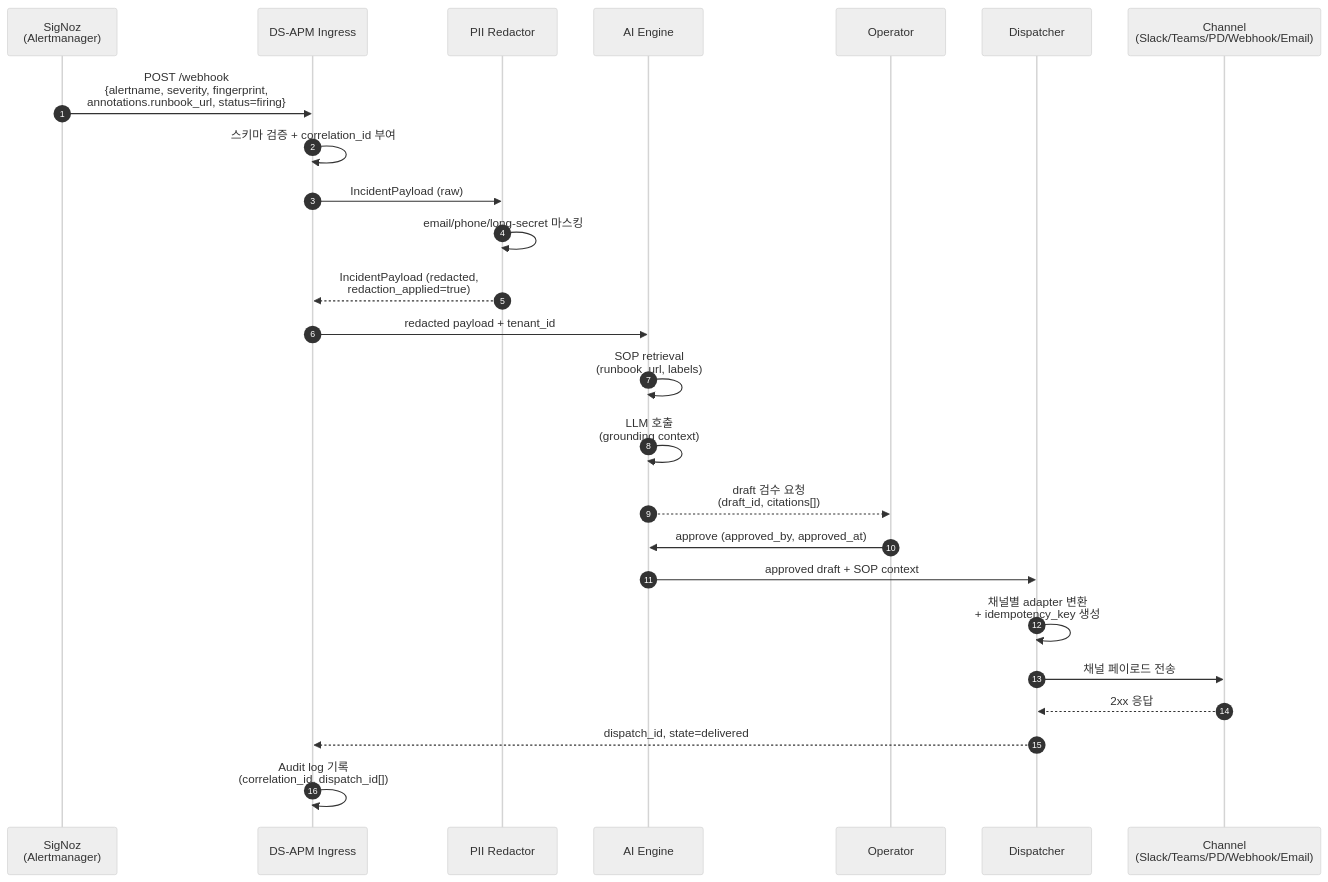
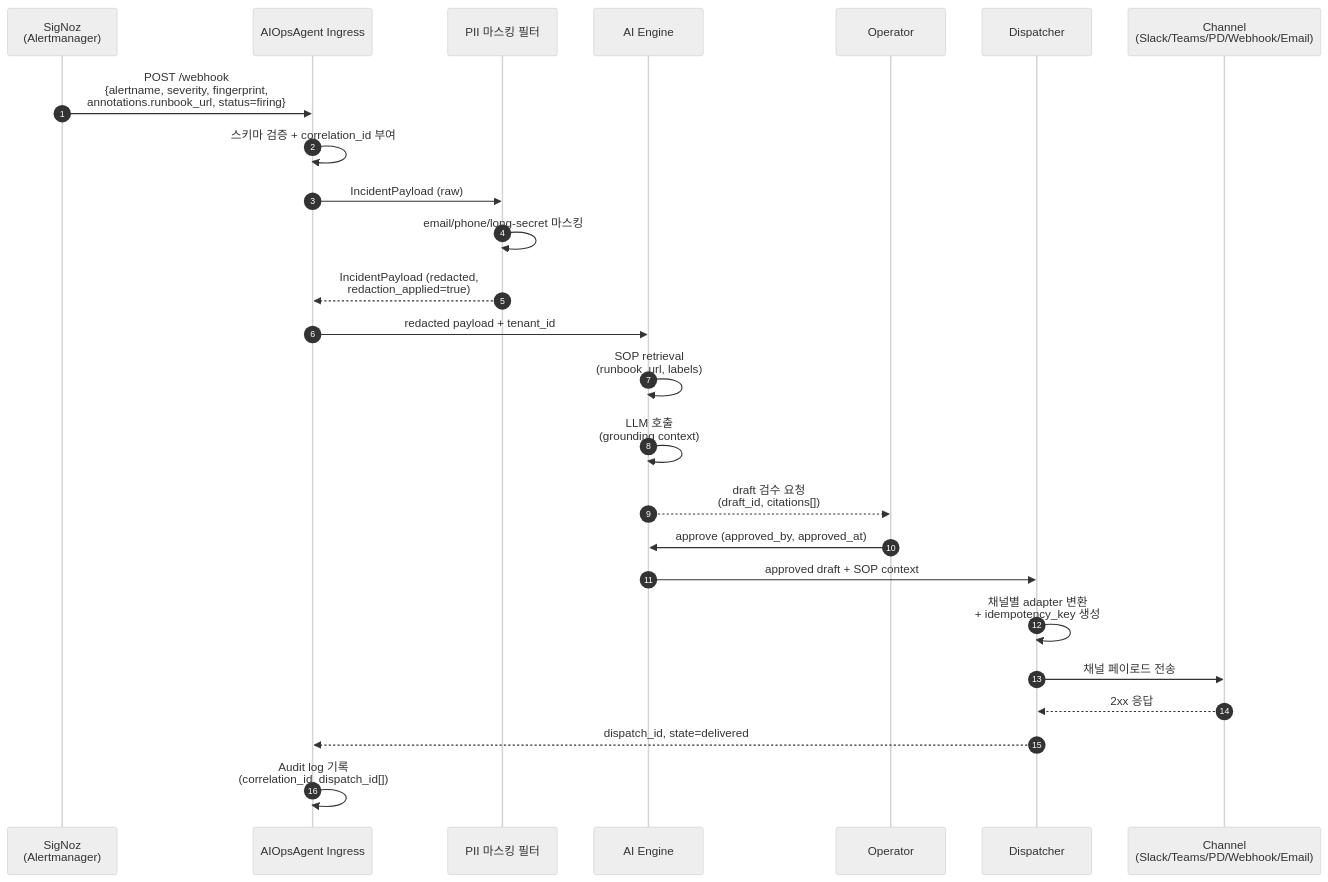
The third of 3 diagrams in docs/spec/01-overview/index.md (figure-team/ds-apm), drawn with Mermaid (neutral theme) before and after one commit. The commit also changed other lines of this file and 41 other files, not shown here.

````diff
--- a/docs/spec/01-overview/index.md
+++ b/docs/spec/01-overview/index.md
@@ -157,28 +157,28 @@
 ```mermaid
 sequenceDiagram
     autonumber
     participant SN as SigNoz<br/>(Alertmanager)
-    participant IN as DS-APM Ingress
-    participant PII as PII Redactor
+    participant IN as AIOpsAgent Ingress
+    participant PII as PII 마스킹 필터
     participant AI as AI Engine
     participant OP as Operator
     participant DS as Dispatcher
     participant CH as Channel<br/>(Slack/Teams/PD/Webhook/Email)
 
     SN->>IN: POST /webhook<br/>{alertname, severity, fingerprint,<br/>annotations.runbook_url, status=firing}
     IN->>IN: 스키마 검증 + correlation_id 부여
     IN->>PII: IncidentPayload (raw)
     PII->>PII: email/phone/long-secret 마스킹
     PII-->>IN: IncidentPayload (redacted,<br/>redaction_applied=true)
     IN->>AI: redacted payload + tenant_id
     AI->>AI: SOP retrieval<br/>(runbook_url, labels)
     AI->>AI: LLM 호출<br/>(grounding context)
     AI-->>OP: draft 검수 요청<br/>(draft_id, citations[])
     OP->>AI: approve (approved_by, approved_at)
     AI->>DS: approved draft + SOP context
     DS->>DS: 채널별 adapter 변환<br/>+ idempotency_key 생성
     DS->>CH: 채널 페이로드 전송
     CH-->>DS: 2xx 응답
     DS-->>IN: dispatch_id, state=delivered
     IN->>IN: Audit log 기록<br/>(correlation_id, dispatch_id[])
 ```
````
